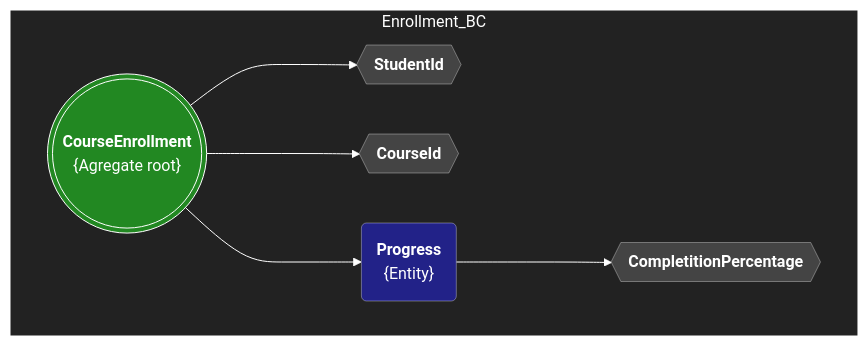
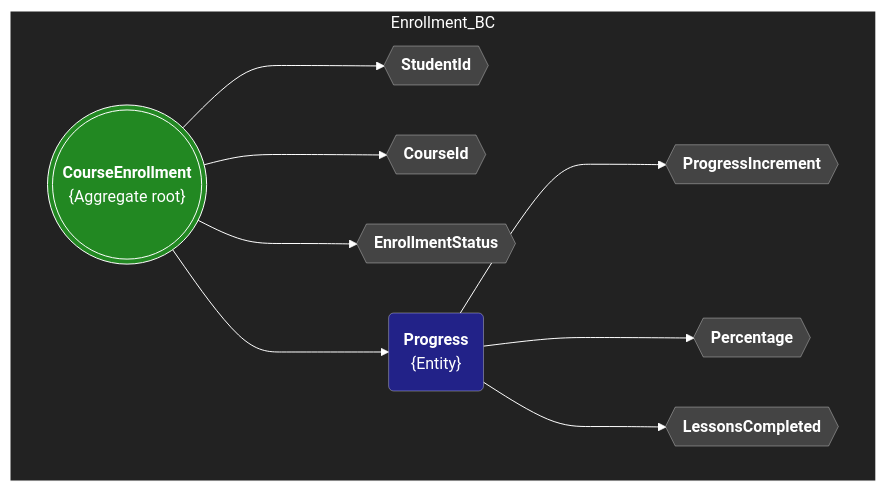
The second of 4 diagrams in Domain/readme.md (litoralcreativo/AkataAcademy), drawn with Mermaid before and after one commit. The commit also changed other lines of this file and 1 other file, not shown here.

````diff
--- a/Domain/readme.md
+++ b/Domain/readme.md
@@ -73,19 +81,22 @@
 ```mermaid
 flowchart RL
     style Enrollment_BC fill:#222, color:#FFF, stroke:#FFF
     classDef A fill:#282, stroke:#FFF, color:#FFF
     classDef E fill:#228, stroke:#FFF5, color:#FFF
     classDef V fill:#444, stroke:#FFF5, color:#FFF
     linkStyle default stroke:#FFF
 
     subgraph Enrollment_BC
         direction LR
-        CEn@{ shape: dbl-circ, label: "<b>CourseEnrollment</b><br>{Agregate root}" }
+        CEn@{ shape: dbl-circ, label: "<b>CourseEnrollment</b><br>{Aggregate root}", class:"A" }
         Si2@{ shape: hex, label: "<b>StudentId</b>" }
         Ci2@{ shape: hex, label: "<b>CourseId</b>" }
+        Es@{ shape: hex, label: "<b>EnrollmentStatus</b>" }
         Pr@{ shape: rounded, label: "<b>Progress</b><br>{Entity}" }
-        CP@{ shape: hex, label: "<b>CompletitionPercentage</b>" }
-        CEn:::A ---> Si2:::V & Ci2:::V & Pr:::E
-        Pr ---> CP:::V
+        Pi@{ shape: hex, label: "<b>ProgressIncrement</b>" }
+        Pp@{ shape: hex, label: "<b>Percentage</b>" }
+        Lc@{ shape: hex, label: "<b>LessonsCompleted</b>" }
+        CEn:::A ---> Si2:::V & Ci2:::V & Es:::V & Pr:::E
+        Pr:::E ---> Pi:::V & Pp:::V & Lc:::V
     end
 ```
````
